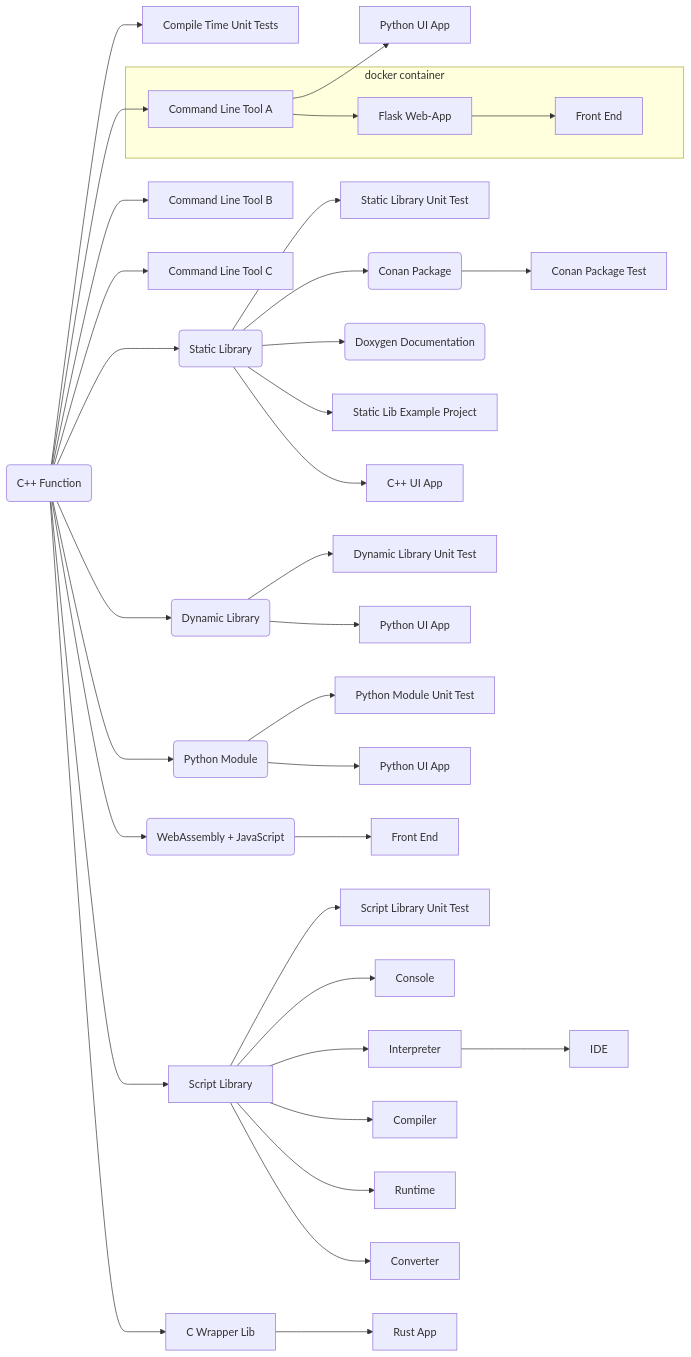
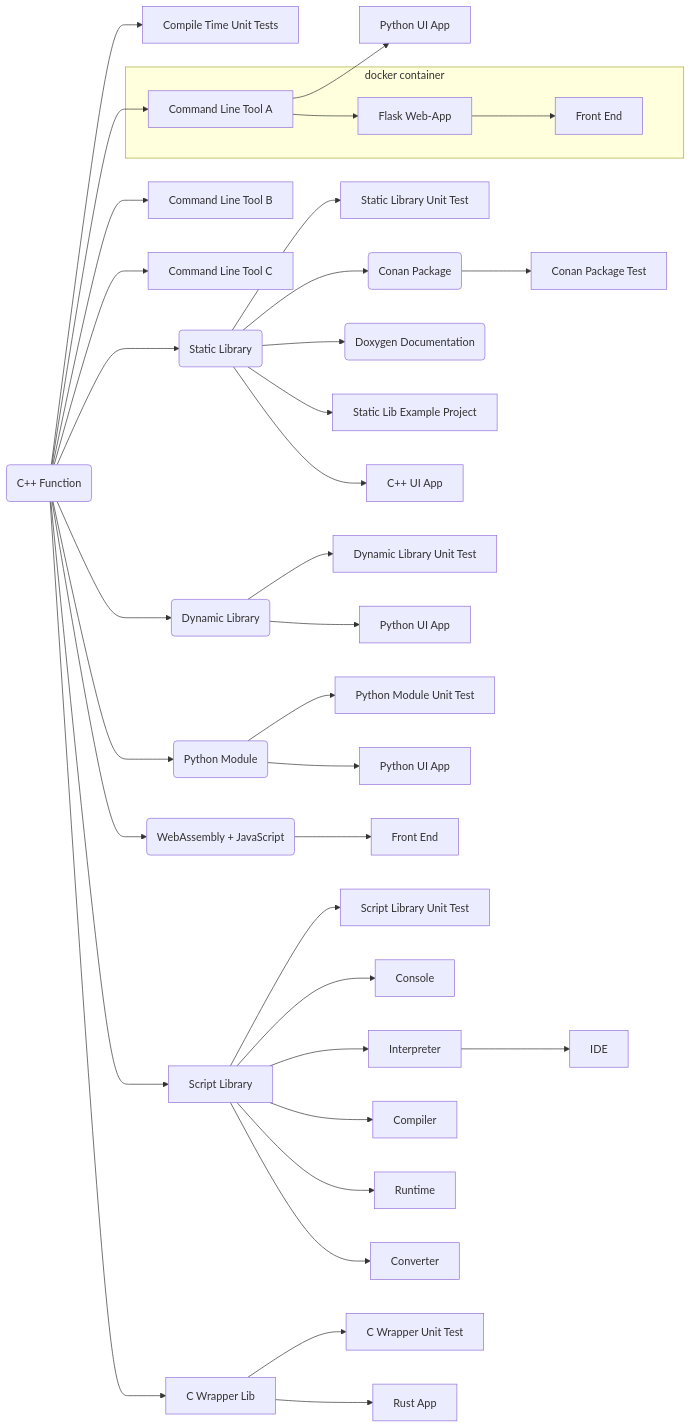
Before and after one commit to SebastianBach/full-stack: the diagram in README.md, drawn with Mermaid. The commit also changed other lines of this file and 8 other files, not shown here.

Commit message:
c wrapper test, build rust with cmake

````diff
--- a/README.md
+++ b/README.md
@@ -43,53 +44,54 @@
 ```mermaid
   flowchart LR;
 
     F(C++ Function) --> CUT[Compile Time Unit Tests];
 
     F --> CLI1[Command Line Tool A]
     F --> CLI2[Command Line Tool B]
     F --> CLI3[Command Line Tool C]
 
     CLI1 --> PYAPP2[Python UI App]
 
     F --> LIB(Static Library)
 
     LIB --> LIBTEST[Static Library Unit Test]
     LIB --> C(Conan Package)
     LIB --> DOXYGEN(Doxygen Documentation)
     LIB --> LIBEX[Static Lib Example Project]
 
     LIB --> QTCPP[C++ UI App]
 
     F --> DLL(Dynamic Library)
     DLL --> DLLTEST[Dynamic Library Unit Test]
     DLL --> QTPYDLL[Python UI App]
 
     C --> CT[Conan Package Test]
 
     F --> PY(Python Module)
 
     subgraph docker container
     CLI1 --> SERVER[Flask Web-App]
     SERVER --> FRONT[Front End]
     end
 
     PY --> PYTEST[Python Module Unit Test]
     PY --> PYAPP[Python UI App]
 
     F --> WASM(WebAssembly + JavaScript)
 
     WASM --> WASMF[Front End]
 
     F --> SCRIPTLIB[Script Library]
 
     SCRIPTLIB --> SCRIPT_TEST[Script Library Unit Test]
     SCRIPTLIB --> SCRIPT_CONSOLE[Console]
     SCRIPTLIB --> SCRIPT_INTERPRETER[Interpreter]
     SCRIPT_INTERPRETER --> SCRIPT_IDE[IDE]
     SCRIPTLIB --> SCRIPT_COMPILER[Compiler]
     SCRIPTLIB --> SCRIPT_RUNTIME[Runtime]
     SCRIPTLIB --> SCRIPT_CONVERT[Converter]
 
     F --> CWRAPPER[C Wrapper Lib]
+    CWRAPPER --> CWRAPPER_TEST[C Wrapper Unit Test]
     CWRAPPER --> RUST_APP[Rust App]  
 ```
````
